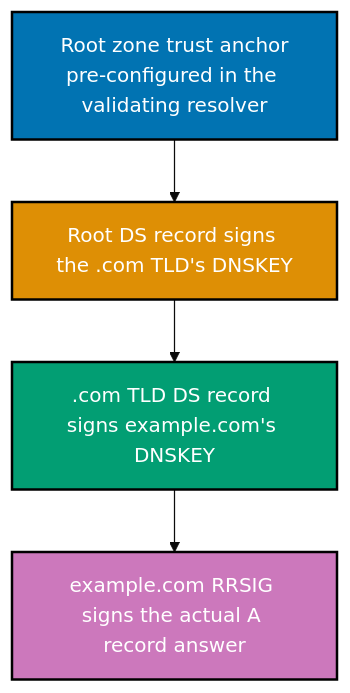
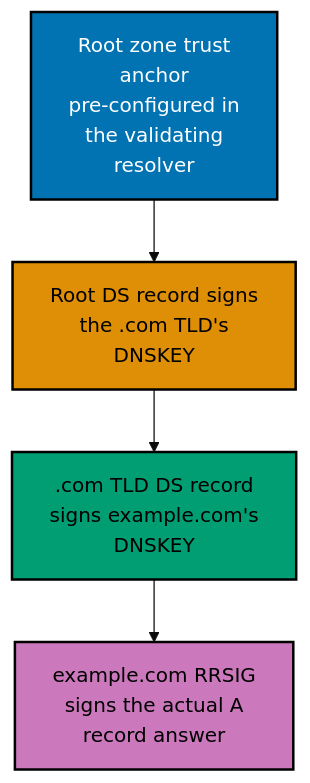
Before and after one commit to wahidyankf/ose-public: the third of 6 diagrams in apps/ayokoding-www/content/en/learn/courses/advanced-networking/learning/intermediate.md, drawn with Mermaid (base theme). The commit also changed other lines of this file and 144 other files, not shown here.

First line of the commit message:
fix(mermaid): bring the first half of the courses diagrams onto the accessible palette

````diff
--- a/apps/ayokoding-www/content/en/learn/courses/advanced-networking/learning/intermediate.md
+++ b/apps/ayokoding-www/content/en/learn/courses/advanced-networking/learning/intermediate.md
@@ -800,16 +805,19 @@
 ```mermaid
 %% Color Palette: Blue #0173B2, Orange #DE8F05, Teal #029E73, Purple #CC78BC
 graph TD
-    A["Root zone trust anchor<br/>pre-configured in the validating resolver"]:::blue
-    B["Root DS record signs the .com TLD's DNSKEY"]:::orange
-    C[".com TLD DS record signs example.com's DNSKEY"]:::teal
-    D["example.com RRSIG signs the actual A record answer"]:::purple
+    accTitle: Example 29: The DNSSEC Chain of Trust
+    accDescr: Graph with 4 nodes and 3 connections. Nodes: Root zone trust anchor pre-configured in the validating resolver, Root DS record signs the .com TLDs DNSKEY, .com TLD DS record signs example.coms DNSKEY, example.com RRSIG signs the actual A record answer. Connections: Root zone trust anchor pre-configured in the validating resolver to Root DS record signs the .com TLDs DNSKEY, Root DS record signs the .com TLDs DNSKEY to .com TLD DS record signs example.coms DNSKEY, .com TLD DS record signs example.coms DNSKEY to example.com RRSIG signs the actual A record answer.
+    A["Root zone trust<br/>anchor<br/>pre-configured in<br/>the validating<br/>resolver"]:::blue
+    B["Root DS record signs<br/>the .com TLD's<br/>DNSKEY"]:::orange
+    C[".com TLD DS record<br/>signs example.com's<br/>DNSKEY"]:::teal
+    D["example.com RRSIG<br/>signs the actual A<br/>record answer"]:::purple
     A --> B
     B --> C
     C --> D
 
     classDef blue fill:#0173B2,stroke:#000000,color:#FFFFFF,stroke-width:2px
-    classDef orange fill:#DE8F05,stroke:#000000,color:#FFFFFF,stroke-width:2px
-    classDef teal fill:#029E73,stroke:#000000,color:#FFFFFF,stroke-width:2px
-    classDef purple fill:#CC78BC,stroke:#000000,color:#FFFFFF,stroke-width:2px
+    classDef orange fill:#DE8F05,stroke:#000000,color:#000000,stroke-width:2px
+    classDef teal fill:#029E73,stroke:#000000,color:#000000,stroke-width:2px
+    classDef purple fill:#CC78BC,stroke:#000000,color:#000000,stroke-width:2px
+    classDef default fill:#FFFFFF,stroke:#000000,color:#000000
 ```
````
